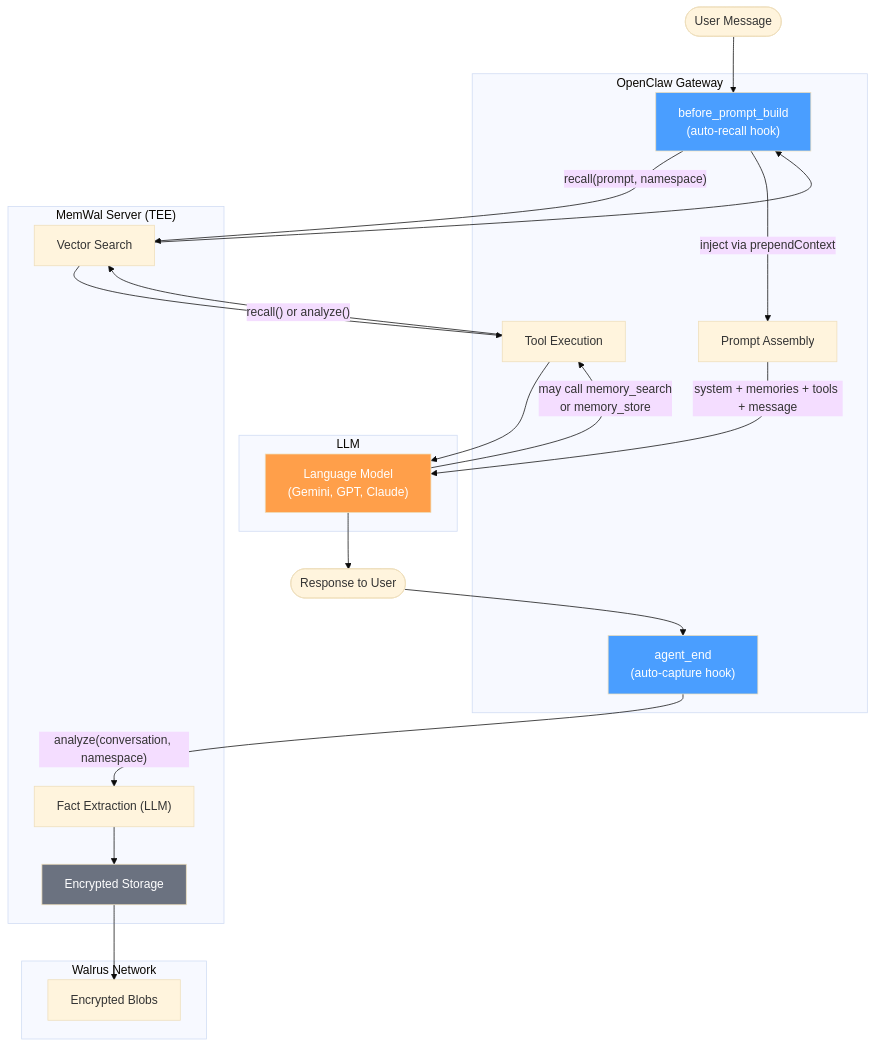
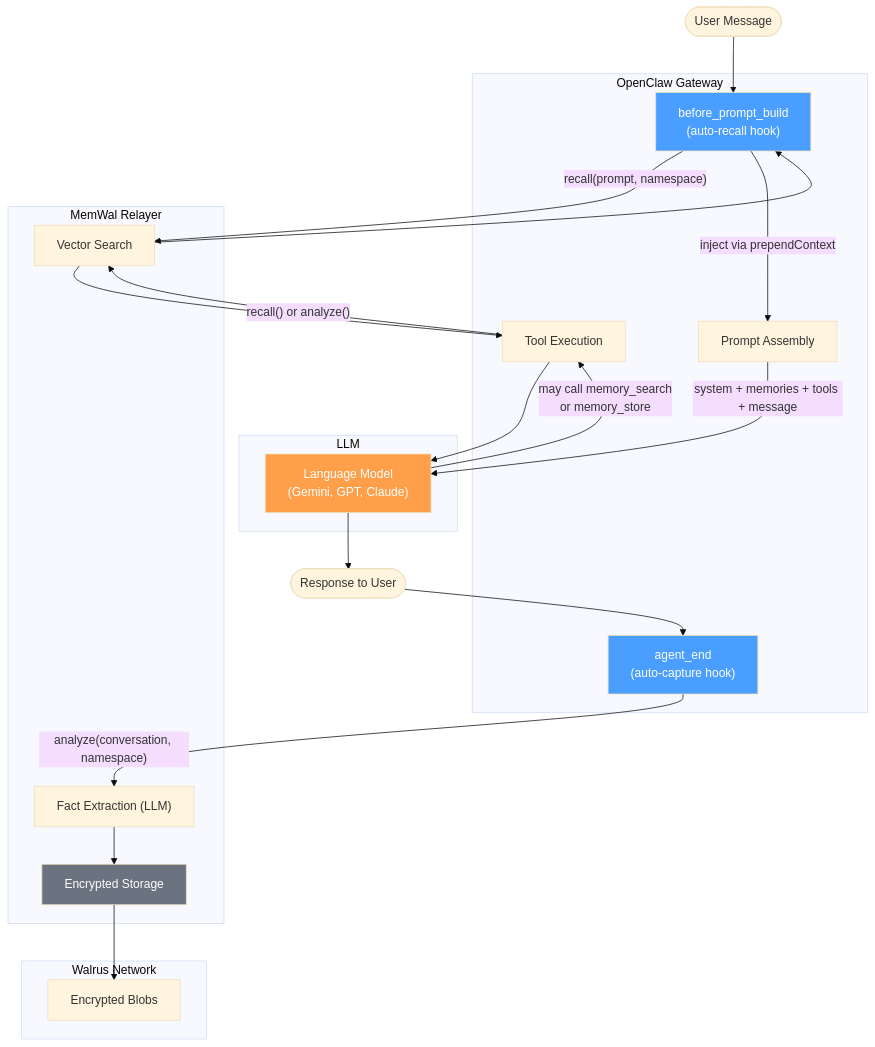
Before and after one commit to MystenLabs/MemWal: the first of 2 diagrams in docs/openclaw/how-it-works.md, drawn with Mermaid (base theme). The commit also changed other lines of this file and 3 other files, not shown here.

First line of the commit message:
docs(openclaw-plugin): update install flow for npm, remove TEE references

````diff
--- a/docs/openclaw/how-it-works.md
+++ b/docs/openclaw/how-it-works.md
@@ -10,43 +10,43 @@
 ```mermaid
 graph TB
     subgraph "OpenClaw Gateway"
         RECALL["before_prompt_build\n(auto-recall hook)"]
         PROMPT["Prompt Assembly"]
         TOOL_EXEC["Tool Execution"]
         CAPTURE["agent_end\n(auto-capture hook)"]
     end
 
     subgraph "LLM"
         LLM_PROC["Language Model\n(Gemini, GPT, Claude)"]
     end
 
-    subgraph "MemWal Server (TEE)"
+    subgraph "MemWal Relayer"
         SEARCH["Vector Search"]
         ANALYZE["Fact Extraction (LLM)"]
         STORE["Encrypted Storage"]
     end
 
     subgraph "Walrus Network"
         BLOBS["Encrypted Blobs"]
     end
 
     USER([User Message]) --> RECALL
     RECALL -->|"recall(prompt, namespace)"| SEARCH
     SEARCH --> RECALL
     RECALL -->|"inject via prependContext"| PROMPT
     PROMPT -->|"system + memories + tools + message"| LLM_PROC
     LLM_PROC -->|"may call memory_search\nor memory_store"| TOOL_EXEC
     TOOL_EXEC -->|"recall() or analyze()"| SEARCH
     SEARCH --> TOOL_EXEC
     TOOL_EXEC --> LLM_PROC
     LLM_PROC --> RESPONSE([Response to User])
     RESPONSE --> CAPTURE
     CAPTURE -->|"analyze(conversation, namespace)"| ANALYZE
     ANALYZE --> STORE
     STORE --> BLOBS
 
     style RECALL fill:#4a9eff,color:#fff
     style CAPTURE fill:#4a9eff,color:#fff
     style LLM_PROC fill:#ff9f4a,color:#fff
     style STORE fill:#6b7280,color:#fff
 ```
````
